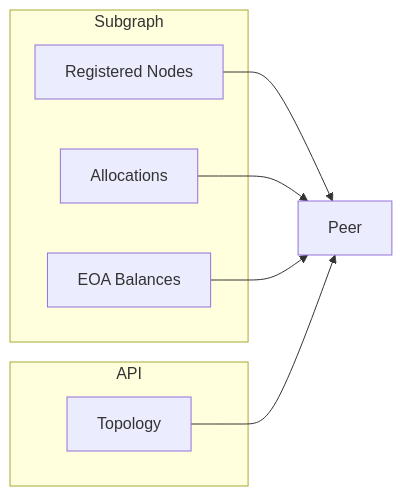
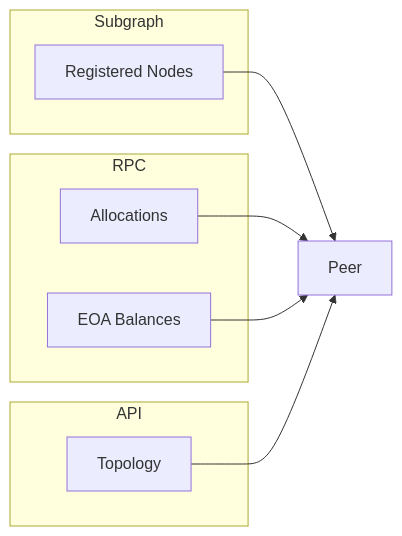
One commit to hoprnet/rfc changed the second of 5 diagrams in rfcs/RFC-0009-economic-reward-system/0009-economic-reward-system.md. Above: the diagram before and after it, drawn with Mermaid. The commit also changed other lines of this file, not shown here.

````diff
--- a/rfcs/RFC-0009-economic-reward-system/0009-economic-reward-system.md
+++ b/rfcs/RFC-0009-economic-reward-system/0009-economic-reward-system.md
@@ -74,16 +75,19 @@
 ```mermaid
 flowchart LR
-    subgraph Subgraph
+    subgraph RPC
         Alloc[Allocations]
         EOA[EOA Balances]
+    end
+    subgraph Subgraph
         RegNodes[Registered Nodes]
     end
     subgraph API
         Topo[Topology]
     end
+
     Peer[Peer]
     RegNodes --> Peer
     Alloc --> Peer
     EOA --> Peer
     Topo --> Peer
 ```
````
